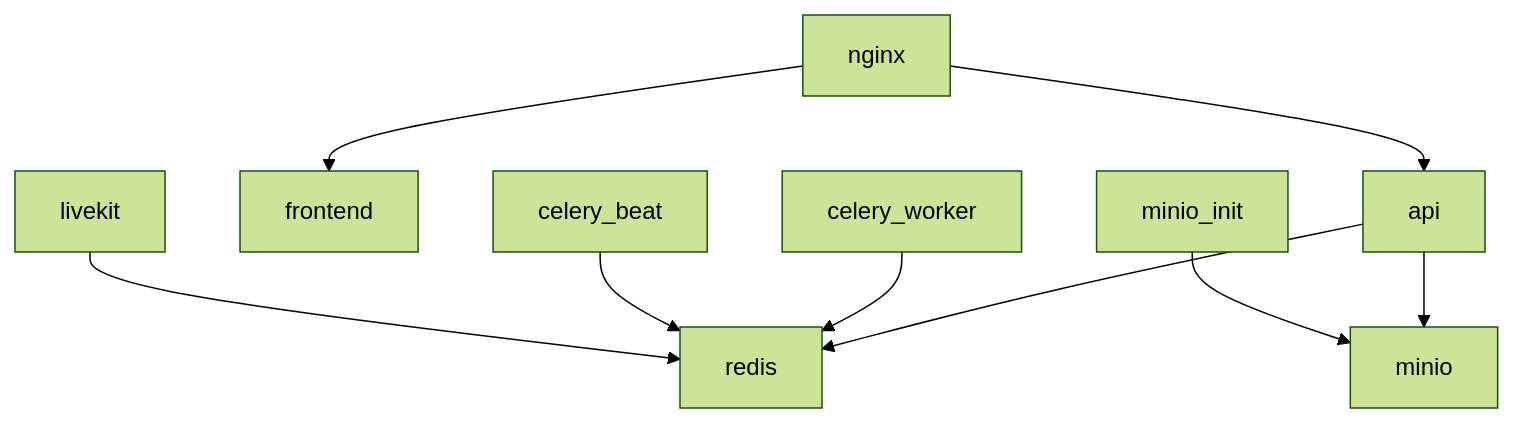
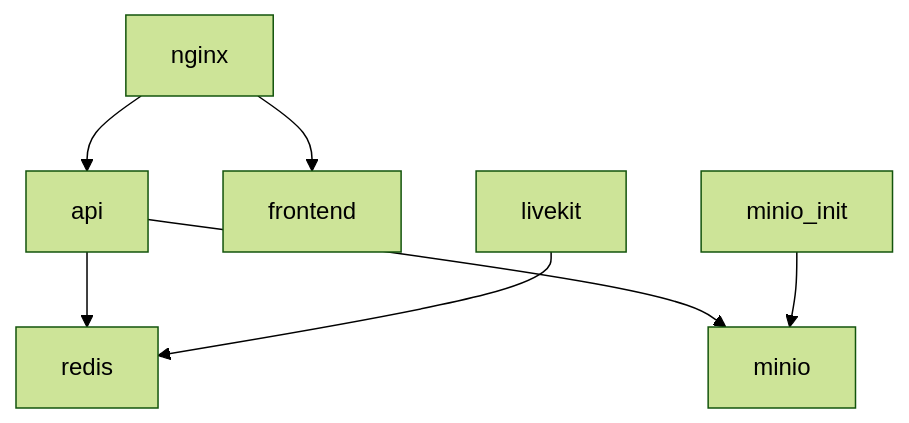
Before and after one commit to bexanhtuoi/E-Room: the diagram in docs/deployment.md, drawn with Mermaid (forest theme). The commit also changed other lines of this file and 17 other files, not shown here.

First line of the commit message:
feat: remove celery, sync mic mute with audio capture, update docs to match actual architecture

````diff
--- a/docs/deployment.md
+++ b/docs/deployment.md
@@ -44,11 +42,9 @@
 ```mermaid
 graph TD
     nginx --> api
     nginx --> frontend
     api --> redis
     api --> minio
-    celery_worker --> redis
-    celery_beat --> redis
     livekit --> redis
     minio_init --> minio
 ```
````
